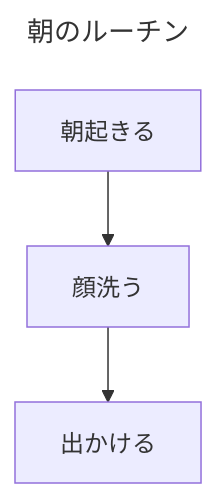
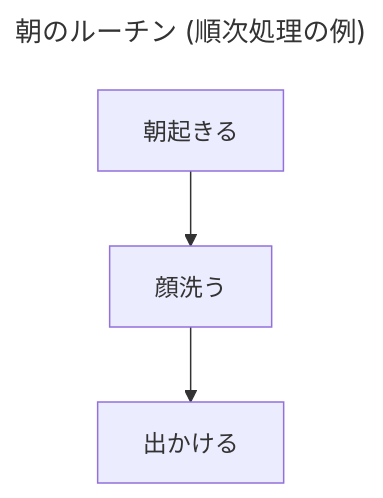
The third of 4 diagrams in flowchart_examples.md (yattom/todo-breaking), drawn with Mermaid before and after one commit. The commit also changed other lines of this file, not shown here.

````diff
--- a/flowchart_examples.md
+++ b/flowchart_examples.md
@@ -27,10 +27,10 @@
 ```mermaid
 ---
-title: 朝のルーチン
+title: 朝のルーチン (順次処理の例)
 ---
 flowchart TB
     id1[朝起きる]
     id2[顔洗う]
     id3[出かける]
     id1 --> id2 --> id3
 ```
````
